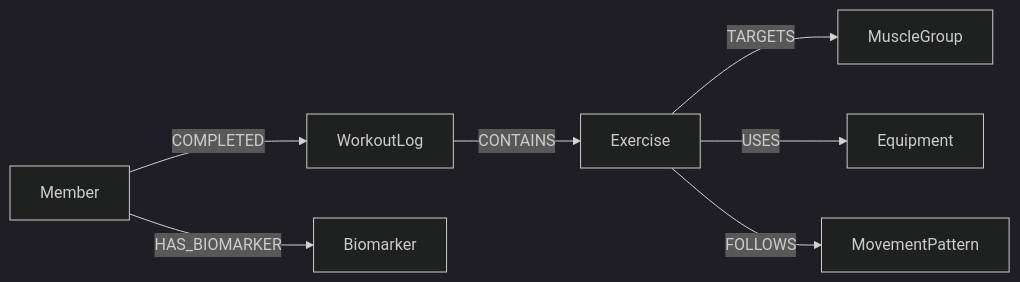
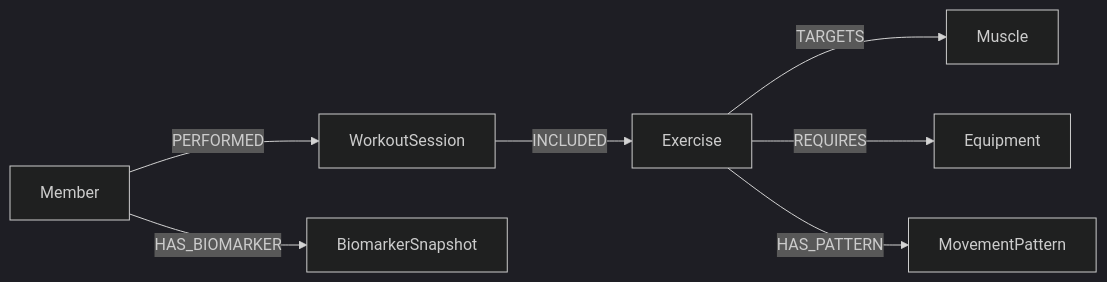
Before and after one commit to codewizard-dt/workoutwiz: the third of 3 diagrams in README.md, drawn with Mermaid (dark theme). The commit also changed other lines of this file and 8 other files, not shown here.

Commit message:
[patch] Fix Caddy routing and production database seeding: strip /api prefix, repair stale exercise schema, accept ADR-001, expand schema documentation

````diff
--- a/README.md
+++ b/README.md
@@ -50,9 +50,9 @@
 ```mermaid
 flowchart LR
-    Member -- COMPLETED --> WorkoutLog
-    WorkoutLog -- CONTAINS --> Exercise
-    Exercise -- TARGETS --> MuscleGroup
-    Exercise -- USES --> Equipment
-    Exercise -- FOLLOWS --> MovementPattern
-    Member -- HAS_BIOMARKER --> Biomarker
+    Member -- PERFORMED --> WorkoutSession
+    WorkoutSession -- INCLUDED --> Exercise
+    Exercise -- TARGETS --> Muscle
+    Exercise -- REQUIRES --> Equipment
+    Exercise -- HAS_PATTERN --> MovementPattern
+    Member -- HAS_BIOMARKER --> BiomarkerSnapshot
 ```
````
